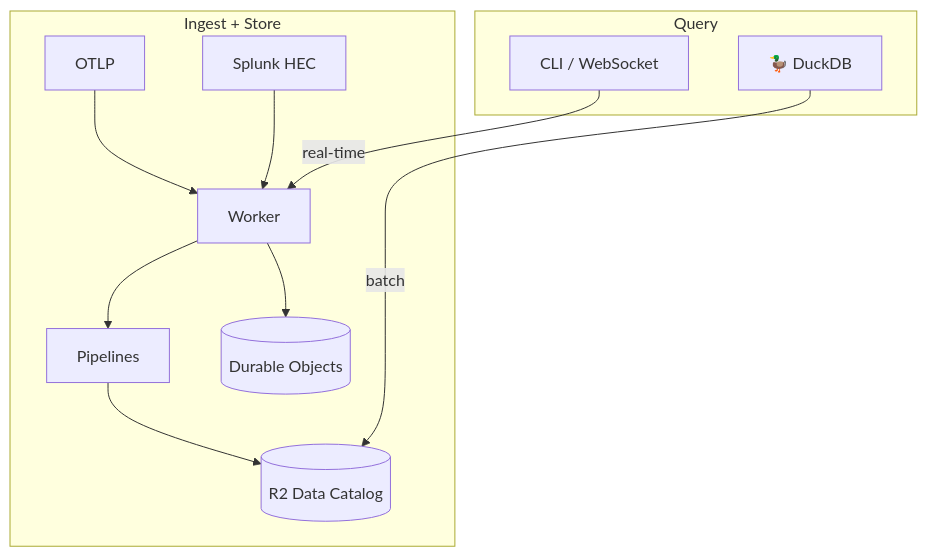
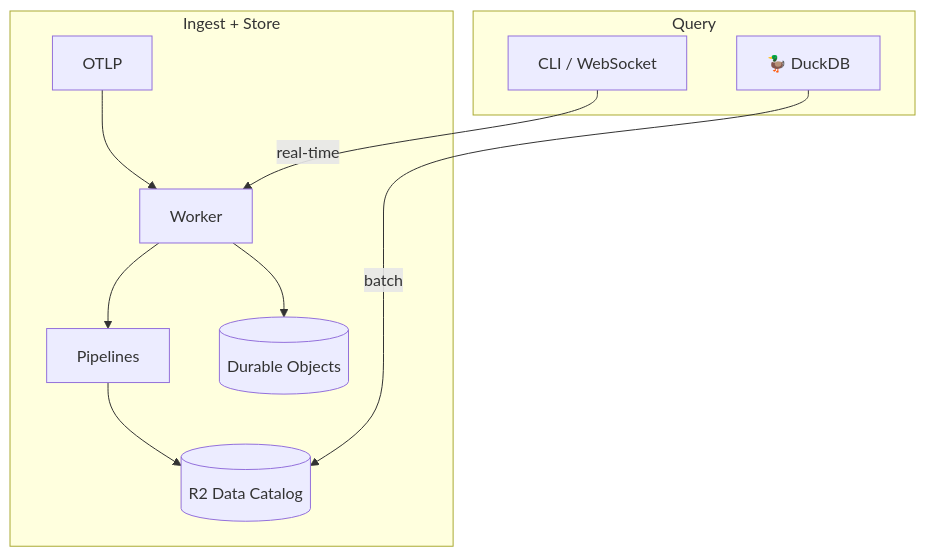
The first of 2 diagrams in README.md (smithclay/otlp2pipeline), drawn with Mermaid before and after one commit. The commit also changed other lines of this file and 51 other files, not shown here.

````diff
--- a/README.md
+++ b/README.md
@@ -71,15 +71,14 @@
 ```mermaid
 flowchart TB
     subgraph Ingest["Ingest + Store"]
         OTLP[OTLP] --> W[Worker]
-        HEC[Splunk HEC] --> W
         W --> P[Pipelines]
         W --> DOs[(Durable Objects)]
         P --> R2[(R2 Data Catalog)]
     end
 
     subgraph Query["Query"]
         CLI[CLI / WebSocket] -->|real-time| W
         DuckDB[🦆 DuckDB] -->|batch| R2
     end
 ```
````
